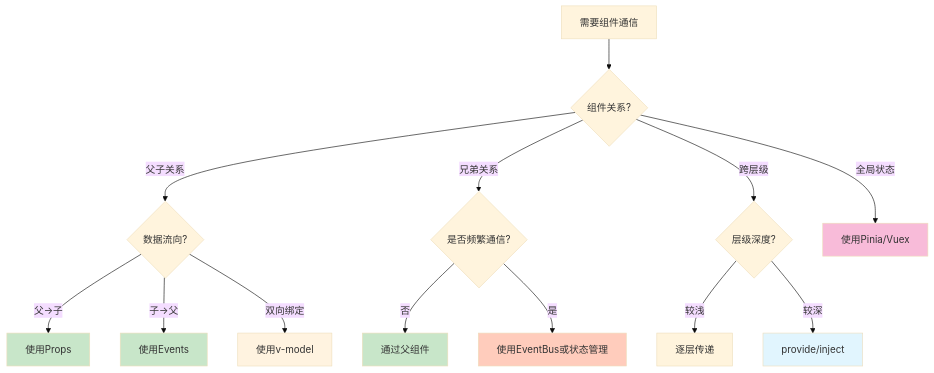
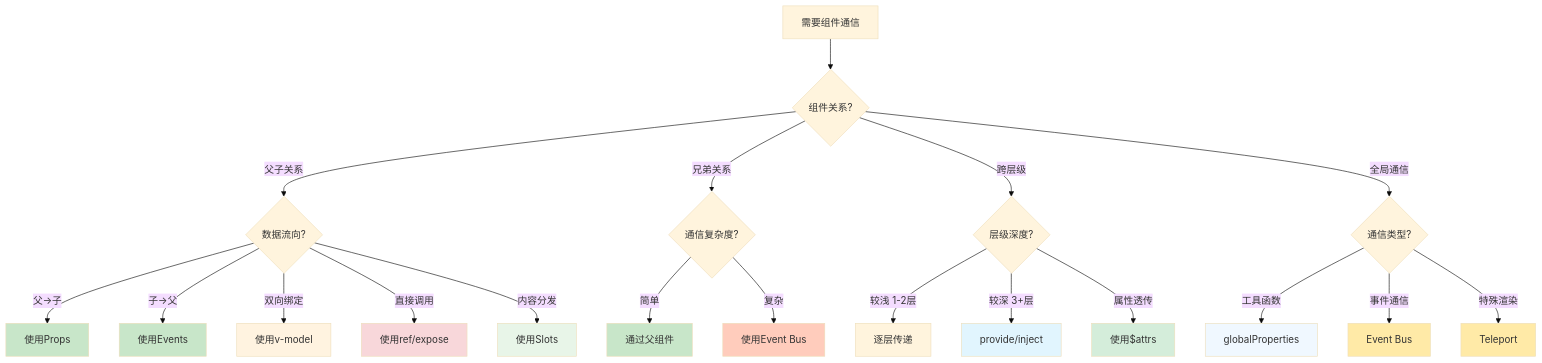
Before and after one commit to LynnCen/Lyc-notes: the fourth of 4 diagrams in docs/Vue/basic/component-communication.md, drawn with Mermaid (base theme). The commit also changed other lines of this file, not shown here.

````diff
--- a/docs/Vue/basic/component-communication.md
+++ b/docs/Vue/basic/component-communication.md
@@ -964,27 +1676,38 @@
 ```mermaid
 graph TD
     A[需要组件通信] --> B{组件关系?}
     
     B -->|父子关系| C{数据流向?}
     C -->|父→子| D[使用Props]
     C -->|子→父| E[使用Events]
     C -->|双向绑定| F[使用v-model]
+    C -->|直接调用| G[使用ref/expose]
+    C -->|内容分发| H[使用Slots]
     
-    B -->|兄弟关系| G{是否频繁通信?}
-    G -->|否| H[通过父组件]
-    G -->|是| I[使用EventBus或状态管理]
+    B -->|兄弟关系| I{通信复杂度?}
+    I -->|简单| J[通过父组件]
+    I -->|复杂| K[使用Event Bus]
     
-    B -->|跨层级| J{层级深度?}
-    J -->|较浅| K[逐层传递]
-    J -->|较深| L[provide/inject]
+    B -->|跨层级| L{层级深度?}
+    L -->|较浅 1-2层| M[逐层传递]
+    L -->|较深 3+层| N[provide/inject]
+    L -->|属性透传| O[使用$attrs]
     
-    B -->|全局状态| M[使用Pinia/Vuex]
+    B -->|全局通信| P{通信类型?}
+    P -->|工具函数| Q[globalProperties]
+    P -->|事件通信| R[Event Bus]
+    P -->|特殊渲染| S[Teleport]
     
     style D fill:#c8e6c9
     style E fill:#c8e6c9
     style F fill:#fff3e0
-    style H fill:#c8e6c9
-    style I fill:#ffccbc
-    style L fill:#e1f5fe
-    style M fill:#f8bbd9
+    style G fill:#f8d7da
+    style H fill:#e8f5e8
+    style J fill:#c8e6c9
+    style K fill:#ffccbc
+    style N fill:#e1f5fe
+    style O fill:#d4edda
+    style Q fill:#f0f8ff
+    style R fill:#ffeaa7
+    style S fill:#ffeaa7
 ```
````
